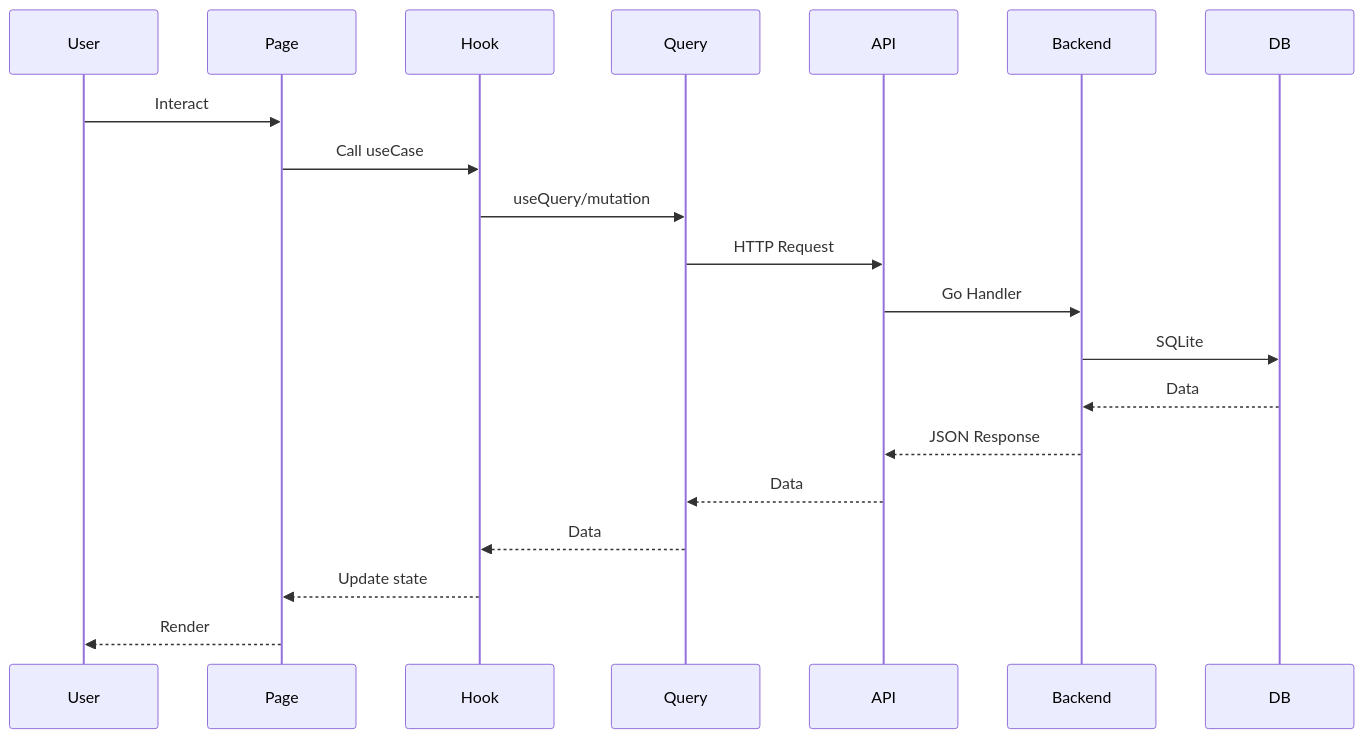
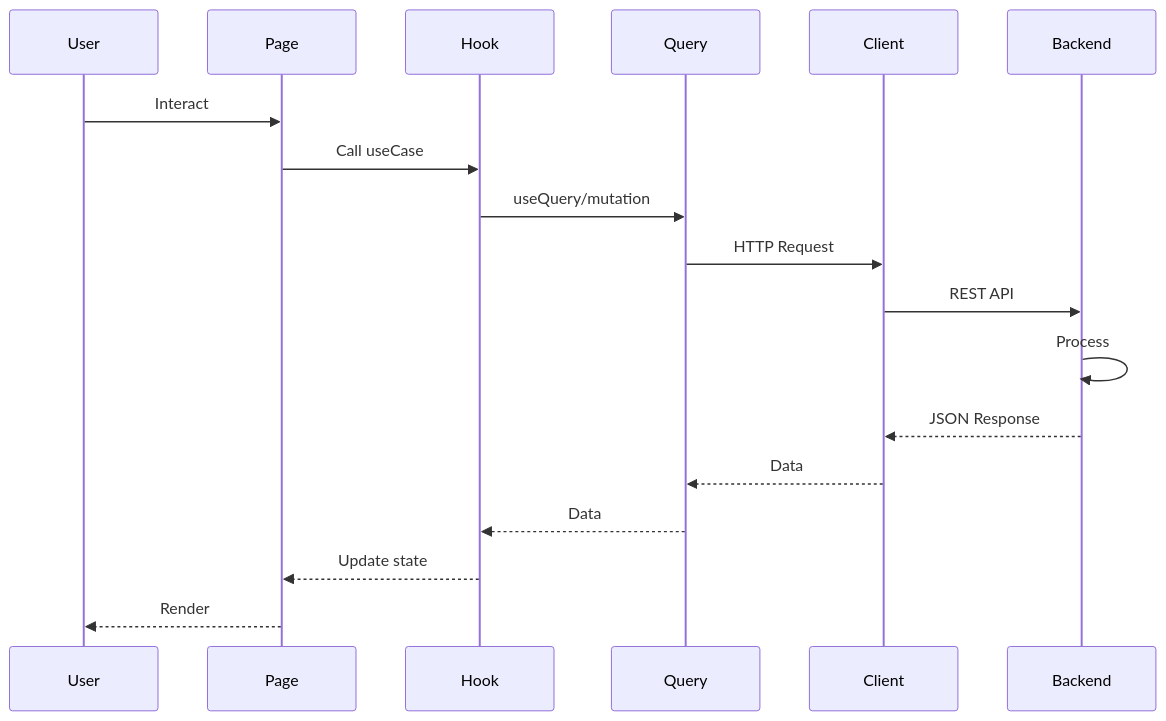
The fourth of 4 diagrams in README.md (JorgeSDiaz/Financial_Manager_F), drawn with Mermaid before and after one commit. The commit also changed other lines of this file, not shown here.

Commit message:
docs: make architecture diagrams generic (no tech specifics)

````diff
--- a/README.md
+++ b/README.md
@@ -171,22 +171,21 @@
 ```mermaid
 sequenceDiagram
     participant User
     participant Page
     participant Hook
     participant Query
-    participant API
+    participant Client
     participant Backend
     
     User->>Page: Interact
     Page->>Hook: Call useCase
     Hook->>Query: useQuery/mutation
-    Query->>API: HTTP Request
-    API->>Backend: Go Handler
-    Backend->>DB: SQLite
-    DB-->>Backend: Data
-    Backend-->>API: JSON Response
-    API-->>Query: Data
+    Query->>Client: HTTP Request
+    Client->>Backend: REST API
+    Backend->>Backend: Process
+    Backend-->>Client: JSON Response
+    Client-->>Query: Data
     Query-->>Hook: Data
     Hook-->>Page: Update state
     Page-->>User: Render
 ```
````
